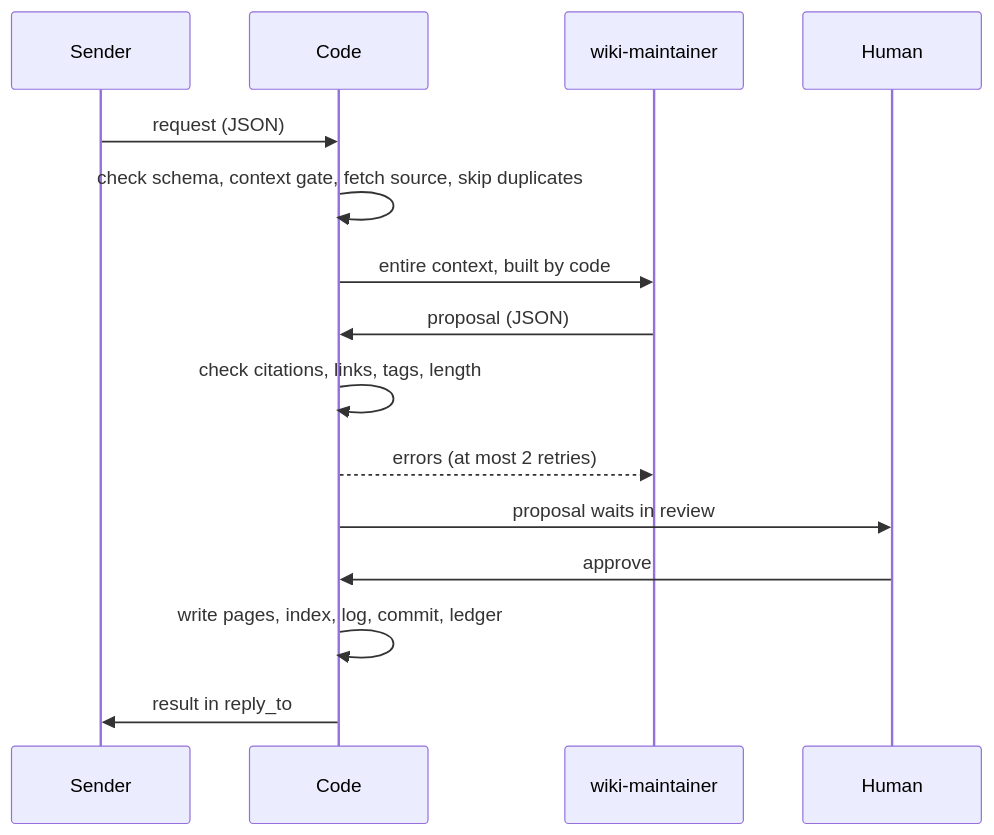
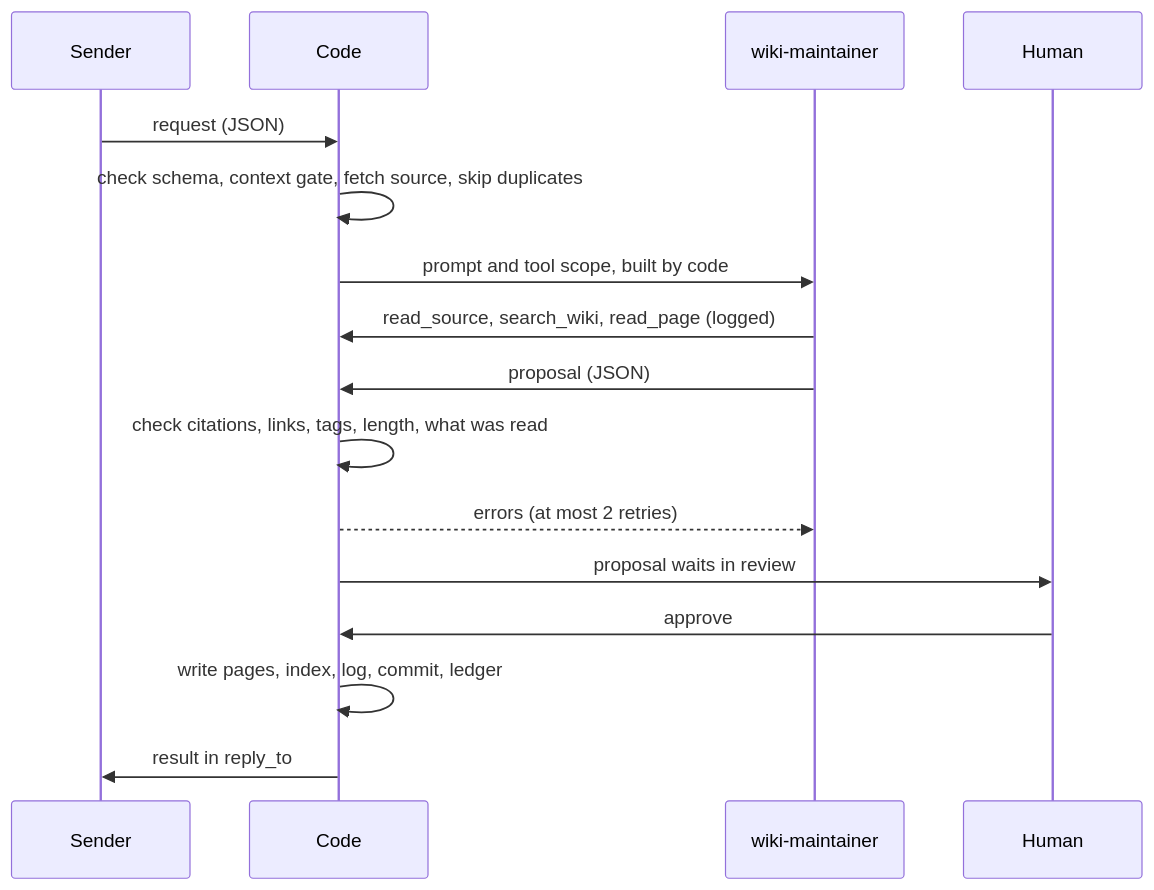
The second of 2 diagrams in nodes/intake/diagrams.md (juancrfig/ergon), drawn with Mermaid before and after one commit. The commit also changed 17 other files, not shown here.

Commit message:
Read-only wiki tool: agents read pages and the whole source themselves; code checks what they read (ADR 0016)

````diff
--- a/nodes/intake/diagrams.md
+++ b/nodes/intake/diagrams.md
@@ -23,17 +23,18 @@
 ```mermaid
 sequenceDiagram
     participant S as Sender
     participant C as Code
     participant A as wiki-maintainer
     participant H as Human
     S->>C: request (JSON)
     C->>C: check schema, context gate, fetch source, skip duplicates
-    C->>A: entire context, built by code
+    C->>A: prompt and tool scope, built by code
+    A->>C: read_source, search_wiki, read_page (logged)
     A->>C: proposal (JSON)
-    C->>C: check citations, links, tags, length
+    C->>C: check citations, links, tags, length, what was read
     C-->>A: errors (at most 2 retries)
     C->>H: proposal waits in review
     H->>C: approve
     C->>C: write pages, index, log, commit, ledger
     C->>S: result in reply_to
 ```
````
